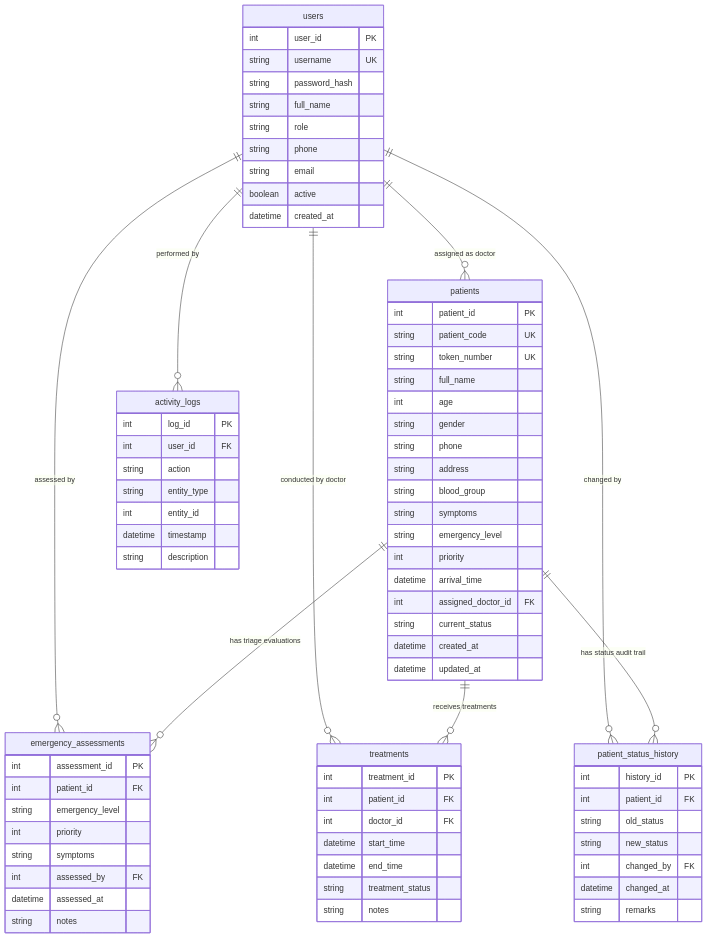
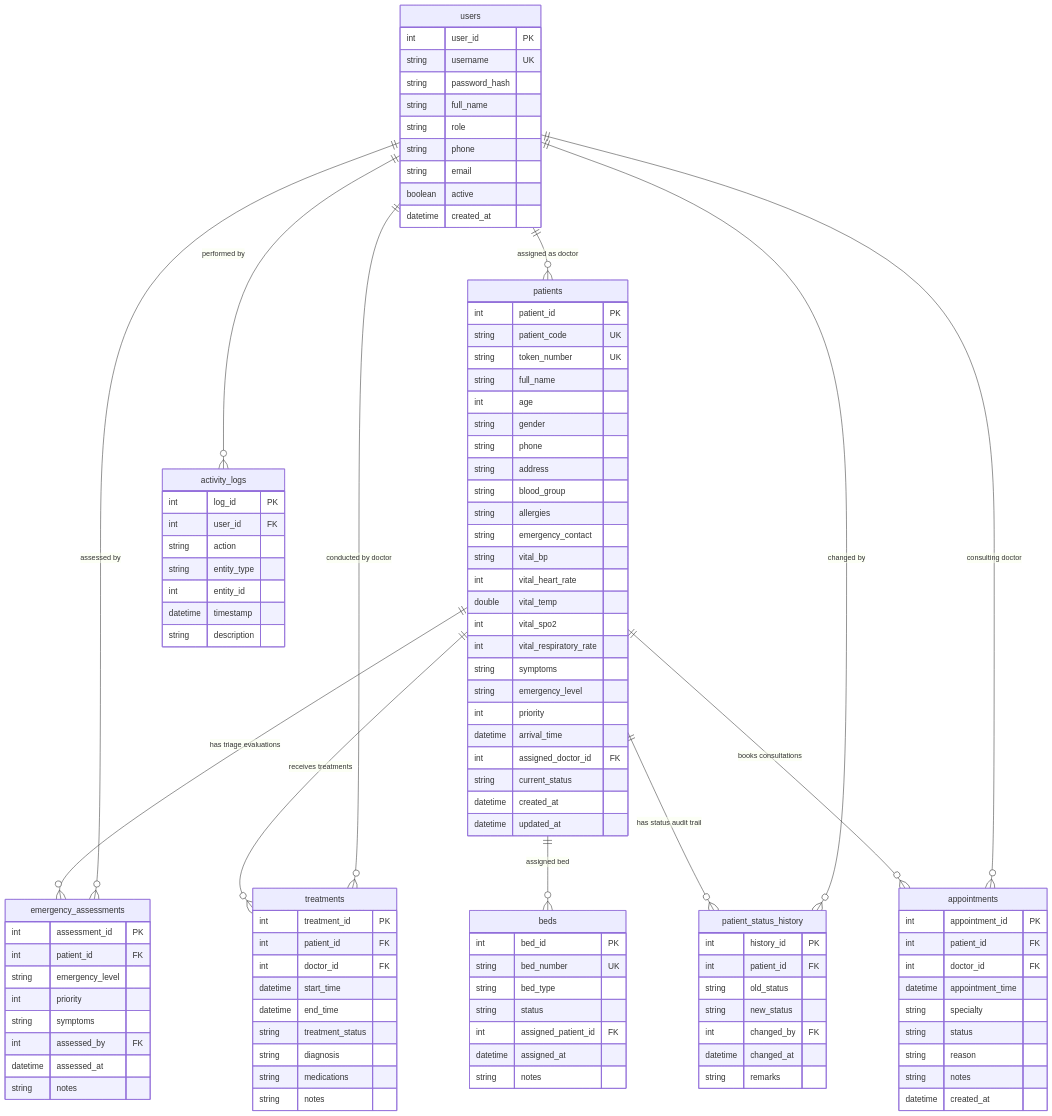
The diagram in docs/database.md (rohithganeshcheboyina-design/Emergency-Patient-Priority-Treatment-Management-System), drawn with Mermaid before and after one commit. The commit also changed other lines of this file and 60 other files, not shown here.

Commit message:
Complete Role-Based Access Control, Bed Management, Appointments, Vitals Monitoring, CI/CD, and Test Suite

```diff
--- a/docs/database.md
+++ b/docs/database.md
@@ -20,10 +21,13 @@
     users ||--o{ treatments : "conducted by doctor"
     users ||--o{ patient_status_history : "changed by"
     users ||--o{ activity_logs : "performed by"
+    users ||--o{ appointments : "consulting doctor"
 
     patients ||--o{ emergency_assessments : "has triage evaluations"
     patients ||--o{ treatments : "receives treatments"
     patients ||--o{ patient_status_history : "has status audit trail"
+    patients ||--o{ appointments : "books consultations"
+    patients ||--o{ beds : "assigned bed"
 
     users {
         int user_id PK
@@ -47,6 +51,13 @@
         string phone
         string address
         string blood_group
+        string allergies
+        string emergency_contact
+        string vital_bp
+        int vital_heart_rate
+        double vital_temp
+        int vital_spo2
+        int vital_respiratory_rate
         string symptoms
         string emergency_level
         int priority
@@ -55,6 +66,28 @@
         string current_status
         datetime created_at
         datetime updated_at
+    }
+
+    beds {
+        int bed_id PK
+        string bed_number UK
+        string bed_type
+        string status
+        int assigned_patient_id FK
+        datetime assigned_at
+        string notes
+    }
+
+    appointments {
+        int appointment_id PK
+        int patient_id FK
+        int doctor_id FK
+        datetime appointment_time
+        string specialty
+        string status
+        string reason
+        string notes
+        datetime created_at
     }
 
     emergency_assessments {
@@ -75,6 +108,8 @@
         datetime start_time
         datetime end_time
         string treatment_status
+        string diagnosis
+        string medications
         string notes
     }
 
```
